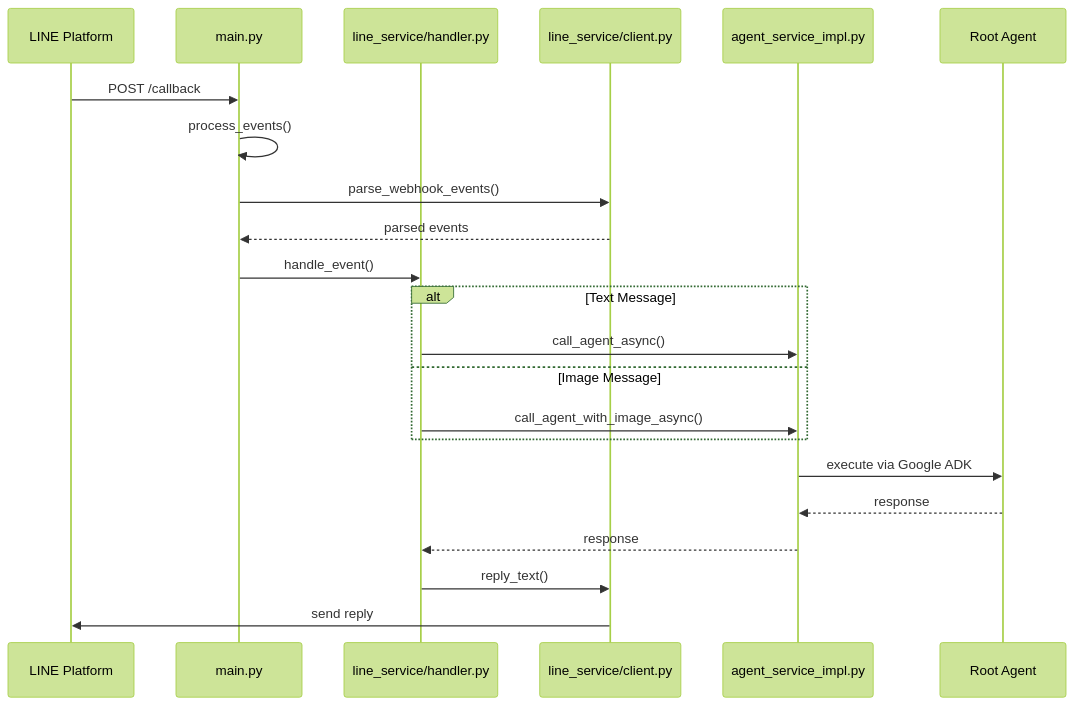
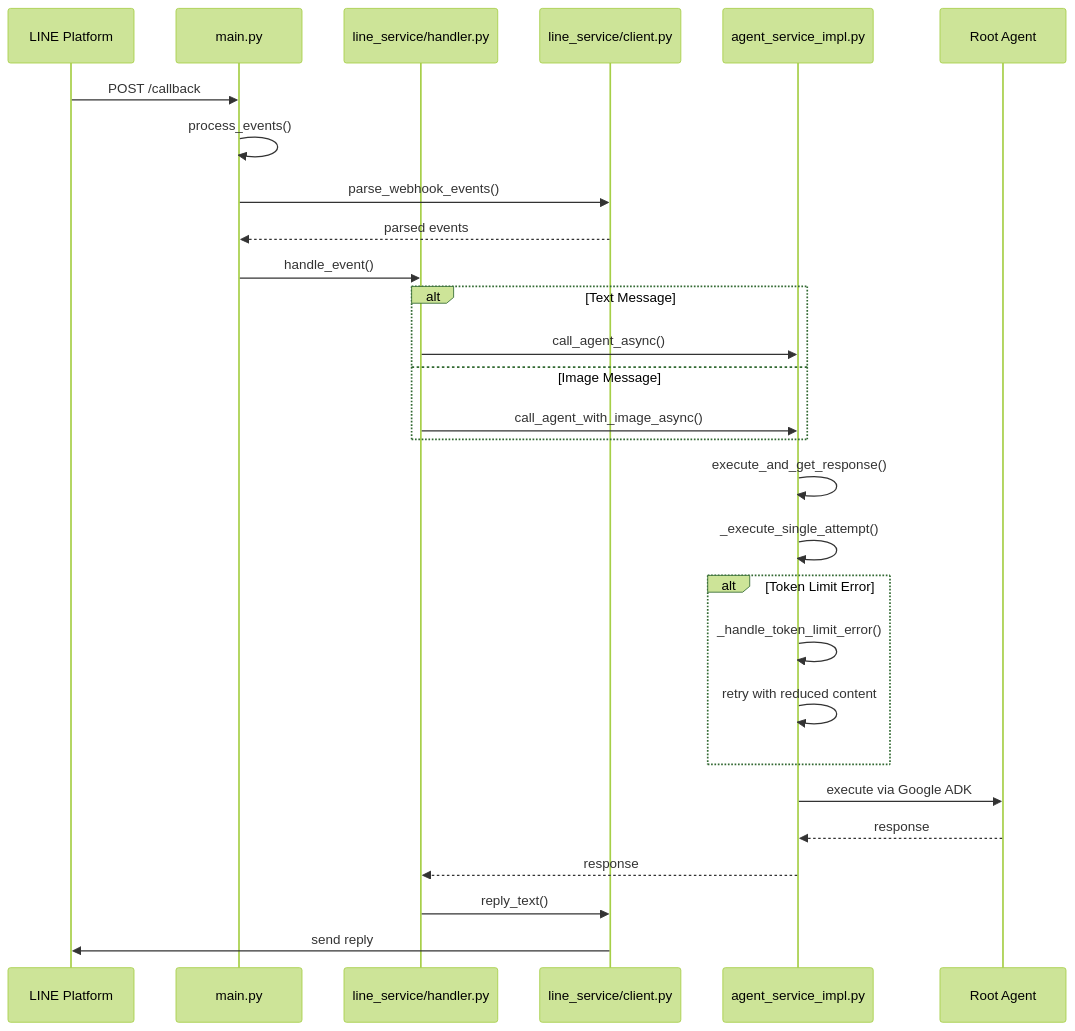
One commit to MokonaSato/line-multi-agent-sample changed the second of 6 diagrams in docs/function_call_flow.md. Above: the diagram before and after it, drawn with Mermaid (forest theme). The commit also changed other lines of this file and 18 other files, not shown here.

````diff
--- a/docs/function_call_flow.md
+++ b/docs/function_call_flow.md
@@ -130,27 +140,35 @@
 ```mermaid
 sequenceDiagram
     participant LINE as LINE Platform
     participant Main as main.py
     participant Handler as line_service/handler.py
     participant Client as line_service/client.py
     participant Service as agent_service_impl.py
     participant Agent as Root Agent
 
     LINE->>Main: POST /callback
     Main->>Main: process_events()
     Main->>Client: parse_webhook_events()
     Client-->>Main: parsed events
     Main->>Handler: handle_event()
     
     alt Text Message
         Handler->>Service: call_agent_async()
     else Image Message
         Handler->>Service: call_agent_with_image_async()
     end
     
+    Service->>Service: execute_and_get_response()
+    Service->>Service: _execute_single_attempt()
+    
+    alt Token Limit Error
+        Service->>Service: _handle_token_limit_error()
+        Service->>Service: retry with reduced content
+    end
+    
     Service->>Agent: execute via Google ADK
     Agent-->>Service: response
     Service-->>Handler: response
     Handler->>Client: reply_text()
     Client->>LINE: send reply
 ```
````
